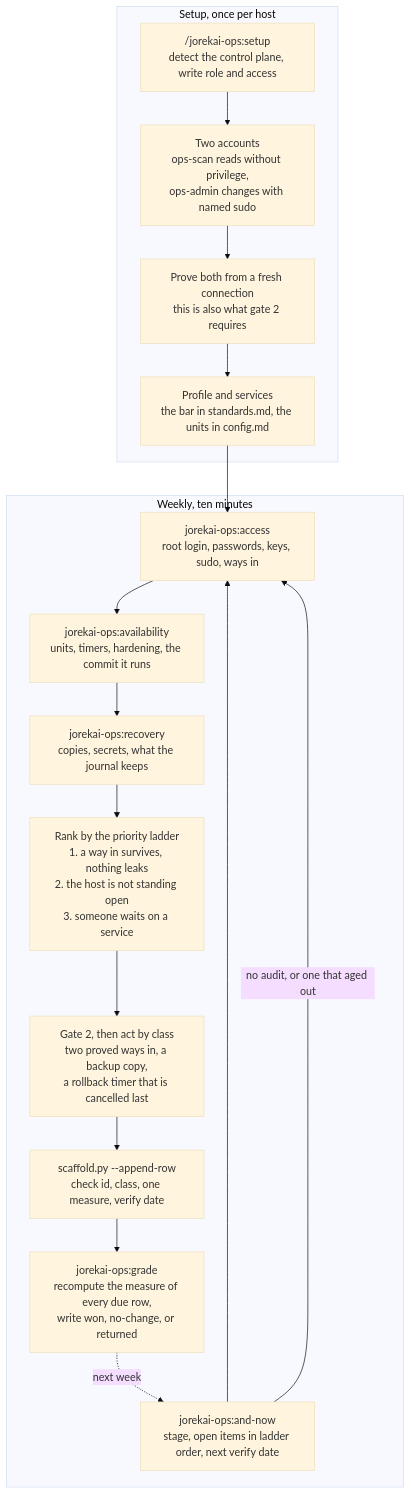
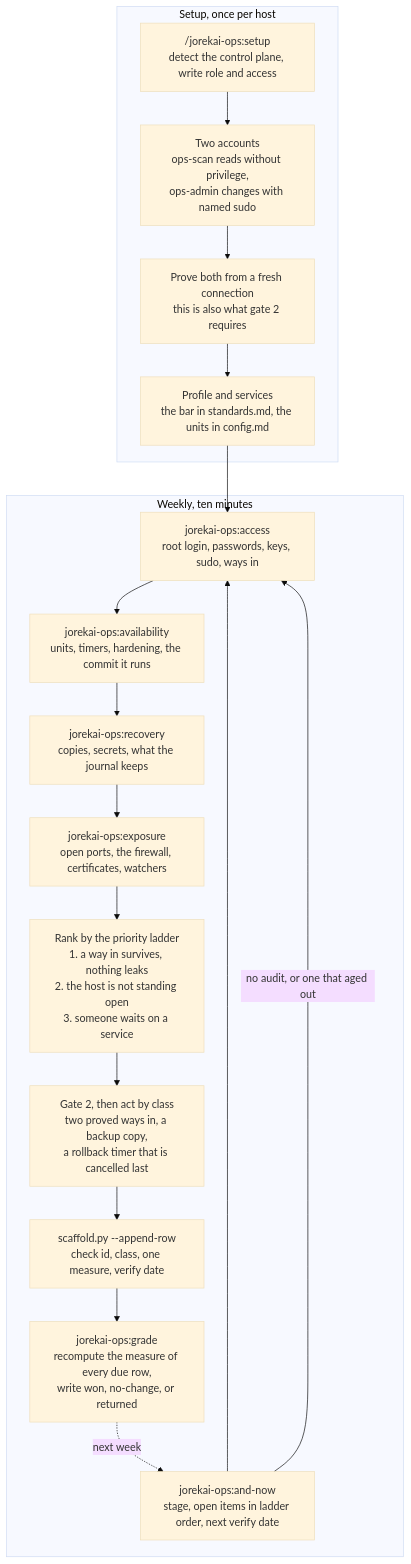
One commit to jorekai/skills changed the third of 3 diagrams in README.md. Above: the diagram before and after it, drawn with Mermaid (base theme). The commit also changed other lines of this file and 21 other files, not shown here.

````diff
--- a/README.md
+++ b/README.md
@@ -234,26 +234,27 @@
 ```mermaid
 flowchart TD
     subgraph E["Setup, once per host"]
         S1["/jorekai-ops:setup<br/>detect the control plane, write role and access"]
         S2["Two accounts<br/>ops-scan reads without privilege,<br/>ops-admin changes with named sudo"]
         S3["Prove both from a fresh connection<br/>this is also what gate 2 requires"]
         S4["Profile and services<br/>the bar in standards.md, the units in config.md"]
         S1 --> S2 --> S3 --> S4
     end
 
     subgraph W["Weekly, ten minutes"]
         W1["jorekai-ops:and-now<br/>stage, open items in ladder order, next verify date"]
         W2["jorekai-ops:access<br/>root login, passwords, keys, sudo, ways in"]
         W3["jorekai-ops:availability<br/>units, timers, hardening, the commit it runs"]
         W3b["jorekai-ops:recovery<br/>copies, secrets, what the journal keeps"]
+        W3c["jorekai-ops:exposure<br/>open ports, the firewall, certificates, watchers"]
         W4["Rank by the priority ladder<br/>1. a way in survives, nothing leaks<br/>2. the host is not standing open<br/>3. someone waits on a service"]
         W5["Gate 2, then act by class<br/>two proved ways in, a backup copy,<br/>a rollback timer that is cancelled last"]
         W6["scaffold.py --append-row<br/>check id, class, one measure, verify date"]
         W7["jorekai-ops:grade<br/>recompute the measure of every due row,<br/>write won, no-change, or returned"]
-        W1 --> W2 --> W3 --> W3b --> W4 --> W5 --> W6 --> W7
+        W1 --> W2 --> W3 --> W3b --> W3c --> W4 --> W5 --> W6 --> W7
         W7 -. "next week" .-> W1
     end
 
     S4 --> W2
     W1 -- "no audit, or one that aged out" --> W2
 ```
````
